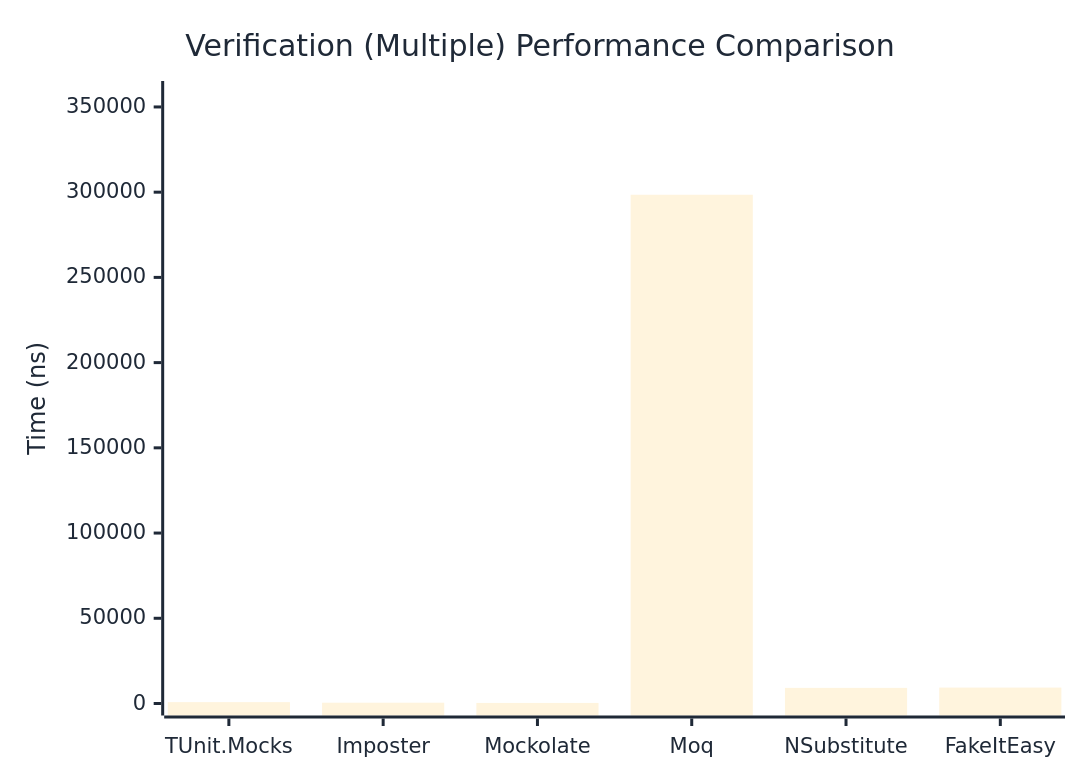
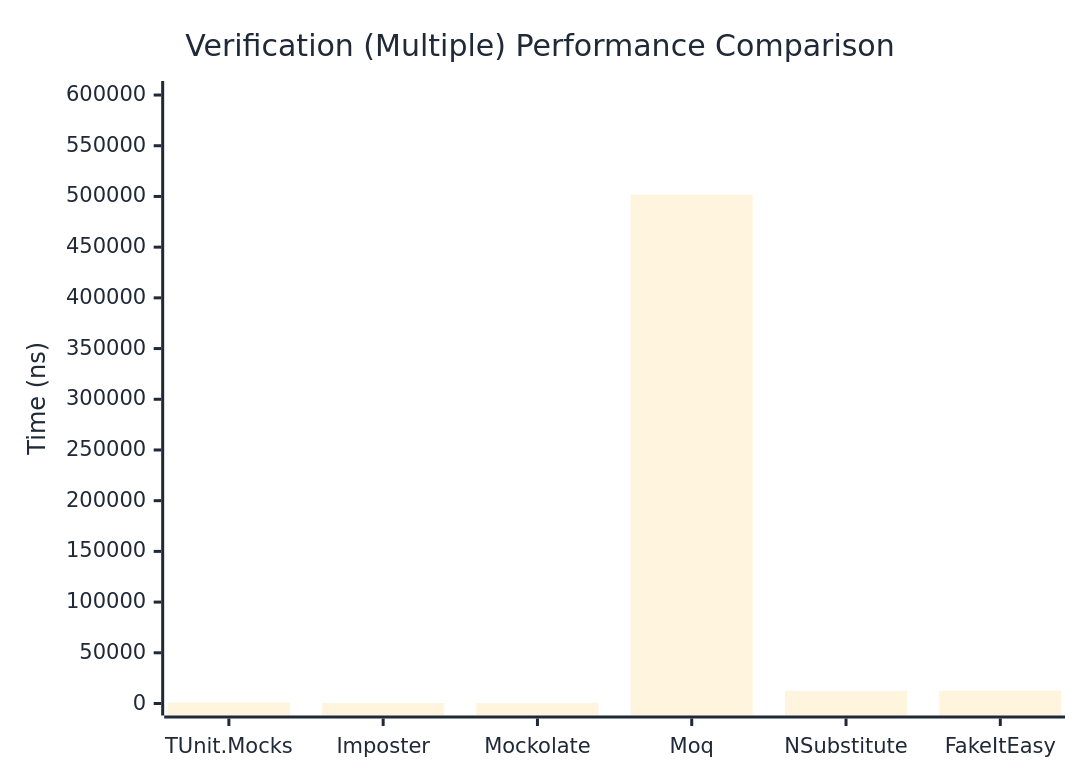
Before and after one commit to thomhurst/TUnit: the third of 3 diagrams in docs/docs/benchmarks/mocks/Verification.md, drawn with Mermaid. The commit also changed other lines of this file and 14 other files, not shown here.

````diff
--- a/docs/docs/benchmarks/mocks/Verification.md
+++ b/docs/docs/benchmarks/mocks/Verification.md
@@ -112,27 +112,27 @@
 ```mermaid
 %%{init: {
   'theme':'base',
   'themeVariables': {
     'primaryColor': '#2563eb',
     'primaryTextColor': '#1f2937',
     'primaryBorderColor': '#1e40af',
     'lineColor': '#6b7280',
     'secondaryColor': '#7c3aed',
     'tertiaryColor': '#dc2626',
     'background': '#ffffff',
     'pie1': '#2563eb',
     'pie2': '#7c3aed',
     'pie3': '#dc2626',
     'pie4': '#f59e0b',
     'pie5': '#10b981',
     'pie6': '#06b6d4',
     'pie7': '#ec4899',
     'pie8': '#6366f1'
   }
 }}%%
 xychart-beta
   title "Verification (Multiple) Performance Comparison"
   x-axis ["TUnit.Mocks", "Imposter", "Mockolate", "Moq", "NSubstitute", "FakeItEasy"]
-  y-axis "Time (ns)" 0 --> 358186
-  bar [798.81, 465.93, 330.54, 298487.89, 9162.94, 9339.1]
+  y-axis "Time (ns)" 0 --> 602004
+  bar [971.23, 528.38, 421.64, 501669.26, 12515.22, 12633.91]
 ```
````
